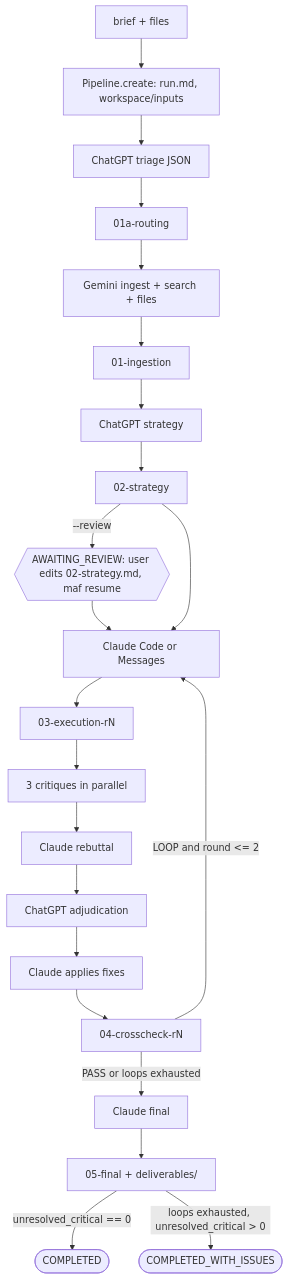
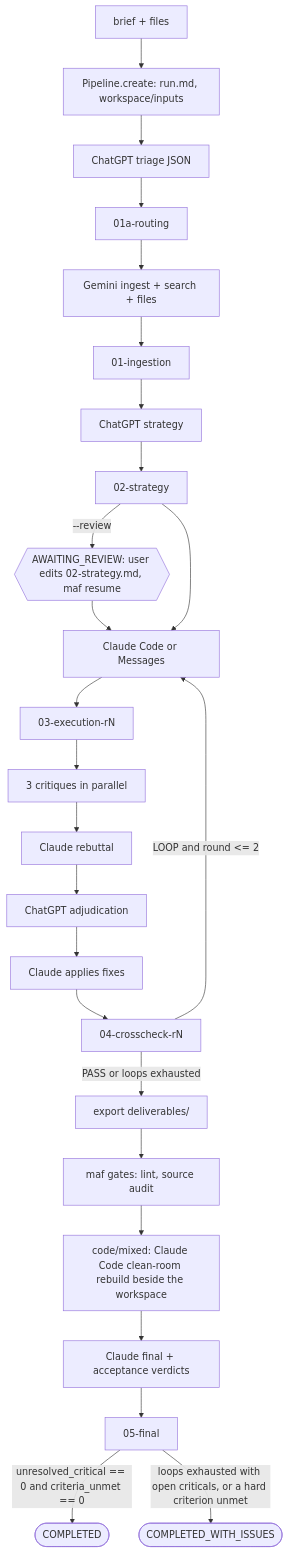
One commit to PaulKruchko/MultiAgent changed the diagram in docs/ARCHITECTURE.md. Above: the diagram before and after it, drawn with Mermaid. The commit also changed other lines of this file and 53 other files, not shown here.

First line of the commit message:
Close verification gaps: full-tree export, acceptance and clean-room gates, source audit, deliverable lint

````diff
--- a/docs/ARCHITECTURE.md
+++ b/docs/ARCHITECTURE.md
@@ -24,16 +24,18 @@
 ```mermaid
 flowchart TD
     U[brief + files] --> P[Pipeline.create: run.md, workspace/inputs]
     P --> I1[ChatGPT triage JSON] --> R[01a-routing]
     R --> I2[Gemini ingest + search + files] --> ING[01-ingestion]
     ING --> S[ChatGPT strategy] --> ST[02-strategy]
     ST -->|--review| G{{AWAITING_REVIEW: user edits 02-strategy.md, maf resume}}
     G --> E
     ST --> E[Claude Code or Messages] --> EX[03-execution-rN]
     EX --> C1[3 critiques in parallel] --> C2[Claude rebuttal] --> C3[ChatGPT adjudication]
     C3 --> C4[Claude applies fixes] --> CC[04-crosscheck-rN]
     CC -->|LOOP and round <= 2| E
-    CC -->|PASS or loops exhausted| F[Claude final] --> FIN[05-final + deliverables/]
-    FIN -->|unresolved_critical == 0| DONE([COMPLETED])
-    FIN -->|loops exhausted, unresolved_critical > 0| ISSUES([COMPLETED_WITH_ISSUES])
+    CC -->|PASS or loops exhausted| X[export deliverables/] --> GT[maf gates: lint, source audit]
+    GT --> CR[code/mixed: Claude Code clean-room rebuild beside the workspace]
+    CR --> F[Claude final + acceptance verdicts] --> FIN[05-final]
+    FIN -->|unresolved_critical == 0 and criteria_unmet == 0| DONE([COMPLETED])
+    FIN -->|loops exhausted with open criticals, or a hard criterion unmet| ISSUES([COMPLETED_WITH_ISSUES])
 ```
````
